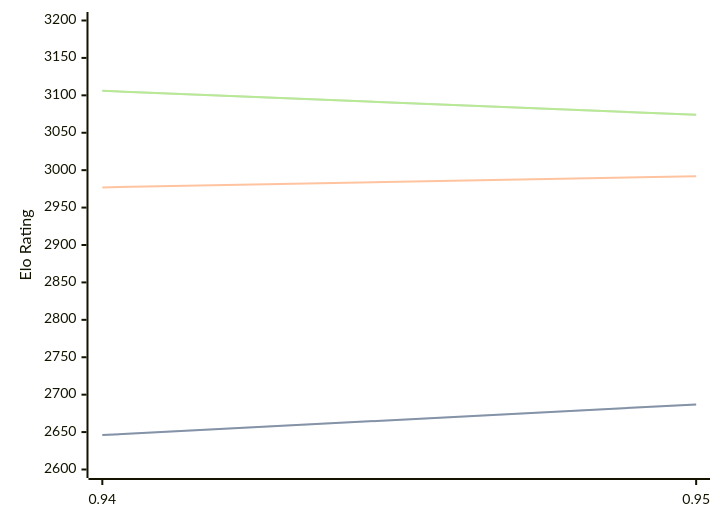
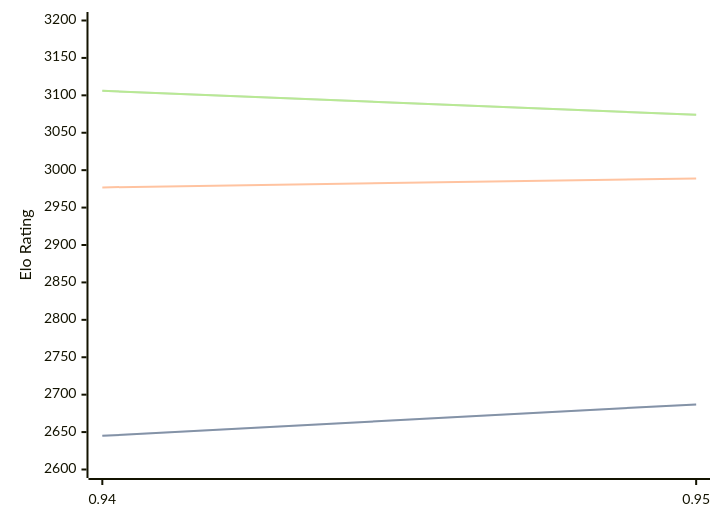
Before and after one commit to computer-chess-index/cci: the diagram in engines/Myrddin.md, drawn with Mermaid. The commit also changed other lines of this file, not shown here.

````diff
--- a/engines/Myrddin.md
+++ b/engines/Myrddin.md
@@ -37,11 +37,11 @@
 ```mermaid
 %%{init: {"theme":"base","themeVariables":{"seriesColors:['#a3a3a3','#222221','#faa371']}}}%%
 xychart-beta
   x-axis ["0.94", "0.95"]
   y-axis "Elo Rating" 2600 --> 3200
-  line "STC (8.0+0.08s)" [2646, 2687]
-  line "STC (8.0+0.08s)" [2646, 2687]
-  line "LTC (60.0+0.60s)" [2977, 2992]
+  line "STC (8.0+0.08s)" [2645, 2687]
+  line "STC (8.0+0.08s)" [2645, 2687]
+  line "LTC (60.0+0.60s)" [2977, 2989]
   line "VLTC (2m24s+1.12s)" [3106, 3074]
   line "VLTC (2m24s+1.12s)" [3106, 3074]
 ```
````
